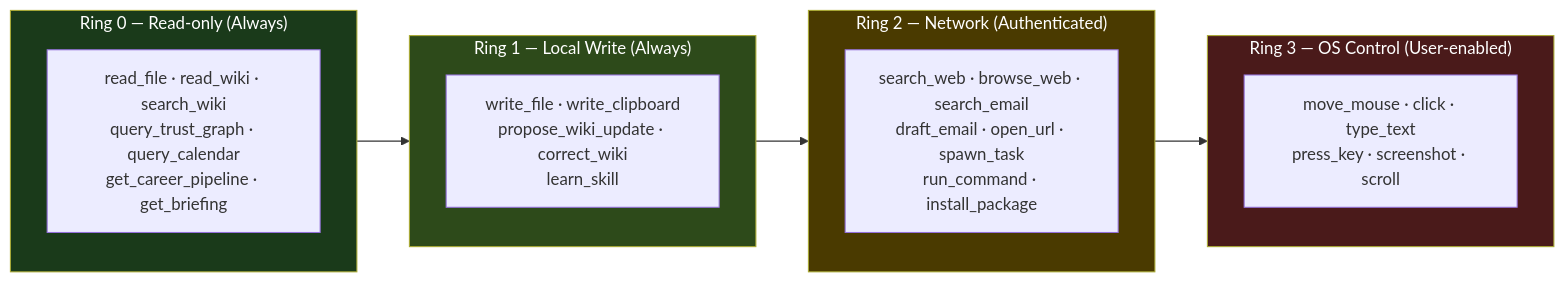
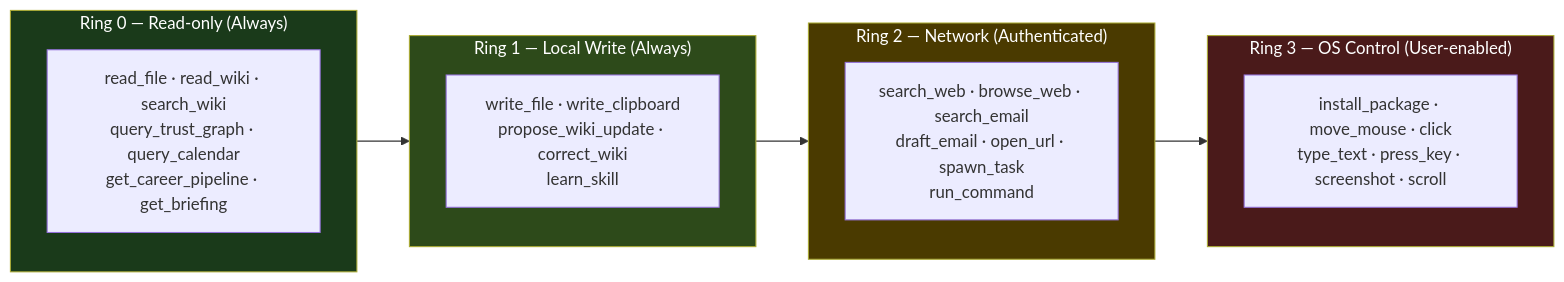
Before and after one commit to FutureSpeakAI/Agent-Friday: the eighth of 8 diagrams in docs/ARCHITECTURE.md, drawn with Mermaid. The commit also changed other lines of this file and 34 other files, not shown here.

````diff
--- a/docs/ARCHITECTURE.md
+++ b/docs/ARCHITECTURE.md
@@ -326,25 +338,25 @@
 ```mermaid
 graph LR
     subgraph Ring0["Ring 0 — Read-only (Always)"]
         R0["read_file · read_wiki · search_wiki<br/>query_trust_graph · query_calendar<br/>get_career_pipeline · get_briefing"]
     end
 
     subgraph Ring1["Ring 1 — Local Write (Always)"]
         R1["write_file · write_clipboard<br/>propose_wiki_update · correct_wiki<br/>learn_skill"]
     end
 
     subgraph Ring2["Ring 2 — Network (Authenticated)"]
-        R2["search_web · browse_web · search_email<br/>draft_email · open_url · spawn_task<br/>run_command · install_package"]
+        R2["search_web · browse_web · search_email<br/>draft_email · open_url · spawn_task<br/>run_command"]
     end
 
     subgraph Ring3["Ring 3 — OS Control (User-enabled)"]
-        R3["move_mouse · click · type_text<br/>press_key · screenshot · scroll"]
+        R3["install_package · move_mouse · click<br/>type_text · press_key · screenshot · scroll"]
     end
 
     Ring0 --> Ring1 --> Ring2 --> Ring3
 
     style Ring0 fill:#1a3a1a,color:#fff
     style Ring1 fill:#2d4a1a,color:#fff
     style Ring2 fill:#4a3a00,color:#fff
     style Ring3 fill:#4a1a1a,color:#fff
 ```
````
